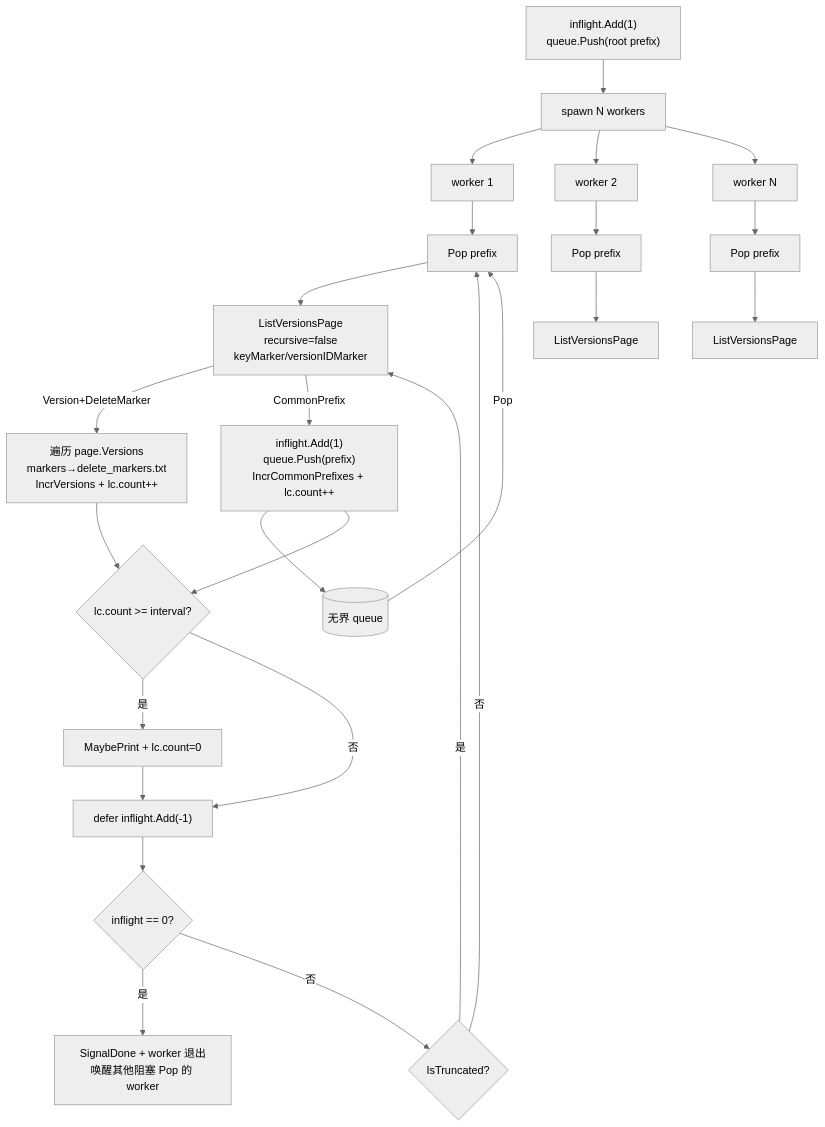
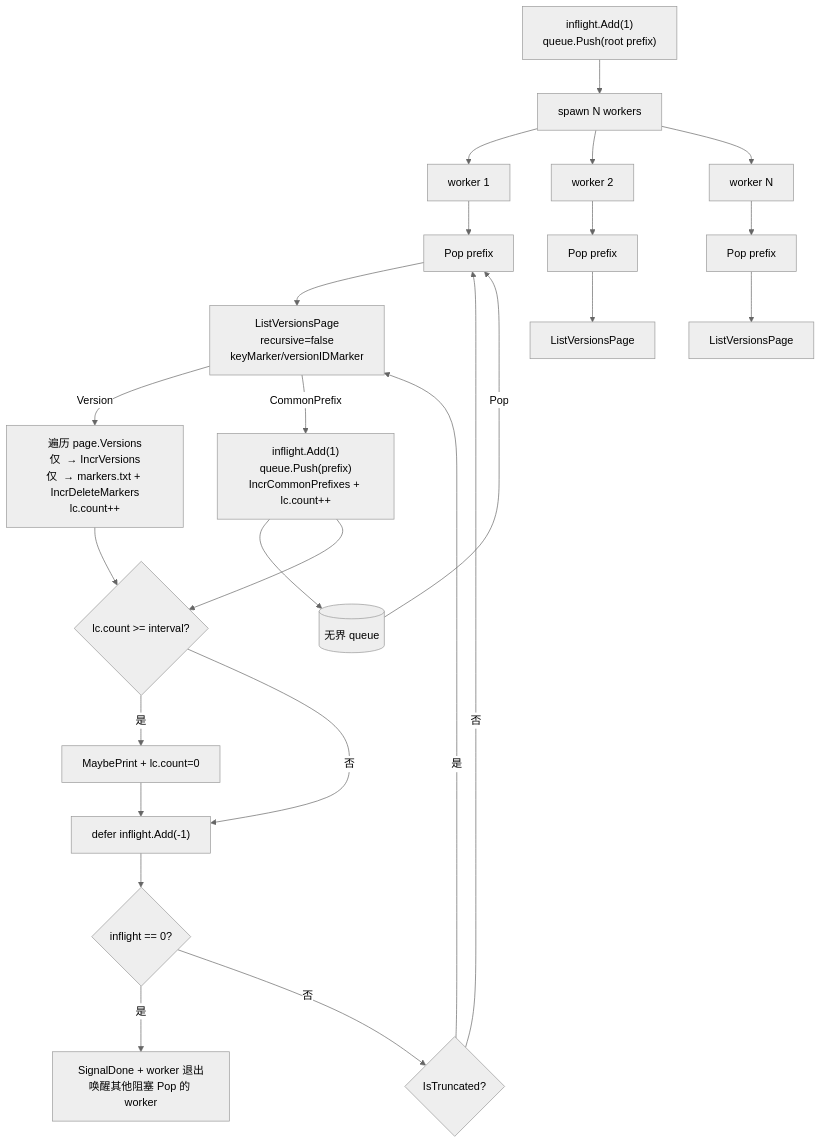
Before and after one commit to gengyuanzhe/chunked_check_tool: the third of 3 diagrams in delete_marker_list_tool/AGENTS.md, drawn with Mermaid (neutral theme). The commit also changed other lines of this file and 6 other files, not shown here.

First line of the commit message:
refactor(stats): split versions and delete_markers by S3 XML tag

````diff
--- a/delete_marker_list_tool/AGENTS.md
+++ b/delete_marker_list_tool/AGENTS.md
@@ -77,28 +77,28 @@
 ```mermaid
 flowchart TD
     Init["inflight.Add(1)<br/>queue.Push(root prefix)"] --> Spawn[spawn N workers]
     Spawn --> W1[worker 1]
     Spawn --> W2[worker 2]
     Spawn --> WN[worker N]
     W1 --> Pop1["Pop prefix"]
     W2 --> Pop2["Pop prefix"]
     WN --> PopN["Pop prefix"]
     Pop1 --> LV1["ListVersionsPage<br/>recursive=false<br/>keyMarker/versionIDMarker"]
     Pop2 --> LV2["ListVersionsPage"]
     PopN --> LVN["ListVersionsPage"]
-    LV1 -->|Version+DeleteMarker| Consume["遍历 page.Versions<br/>markers→delete_markers.txt<br/>IncrVersions + lc.count++"]
+    LV1 -->|Version| Consume["遍历 page.Versions<br/>仅 <Version> → IncrVersions<br/>仅 <DeleteMarker> → markers.txt + IncrDeleteMarkers<br/>lc.count++"]
     LV1 -->|CommonPrefix| Enq["inflight.Add(1)<br/>queue.Push(prefix)<br/>IncrCommonPrefixes + lc.count++"]
     Enq --> Q[(无界 queue)]
     Q -->|Pop| Pop1
     Consume --> Thresh{"lc.count >= interval?"}
     Enq --> Thresh
     Thresh -->|是| Print["MaybePrint + lc.count=0"]
     Print --> Dec
     Thresh -->|否| Dec
     Dec["defer inflight.Add(-1)"]
     Dec --> Check{inflight == 0?}
     Check -->|是| Done["SignalDone + worker 退出<br/>唤醒其他阻塞 Pop 的 worker"]
     Check -->|否| NextPage{IsTruncated?}
     NextPage -->|是| LV1
     NextPage -->|否| Pop1
 ```
````
